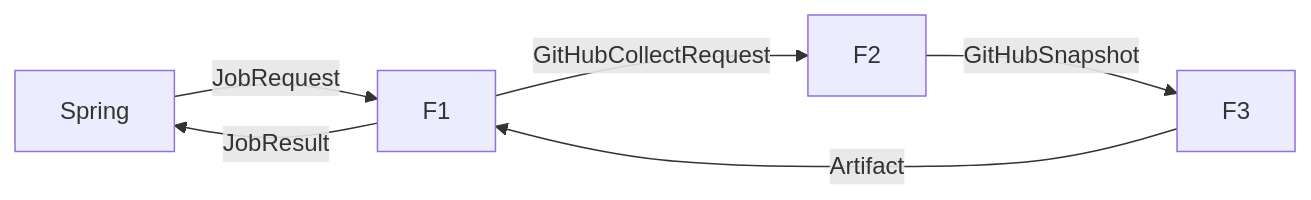
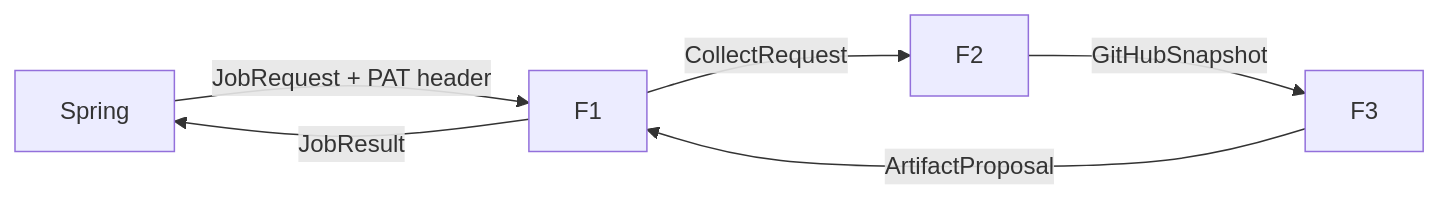
One commit to KTB-AIhackathon/Blocki-AI changed the first of 2 diagrams in DESIGN.md. Above: the diagram before and after it, drawn with Mermaid. The commit also changed other lines of this file and 1 other file, not shown here.

````diff
--- a/DESIGN.md
+++ b/DESIGN.md
@@ -77,8 +94,8 @@
 ```mermaid
 graph LR
-  Spring -->|JobRequest| F1
-  F1 -->|GitHubCollectRequest| F2
+  Spring -->|JobRequest + PAT header| F1
+  F1 -->|CollectRequest| F2
   F2 -->|GitHubSnapshot| F3
-  F3 -->|Artifact| F1
+  F3 -->|ArtifactProposal| F1
   F1 -->|JobResult| Spring
 ```
````
